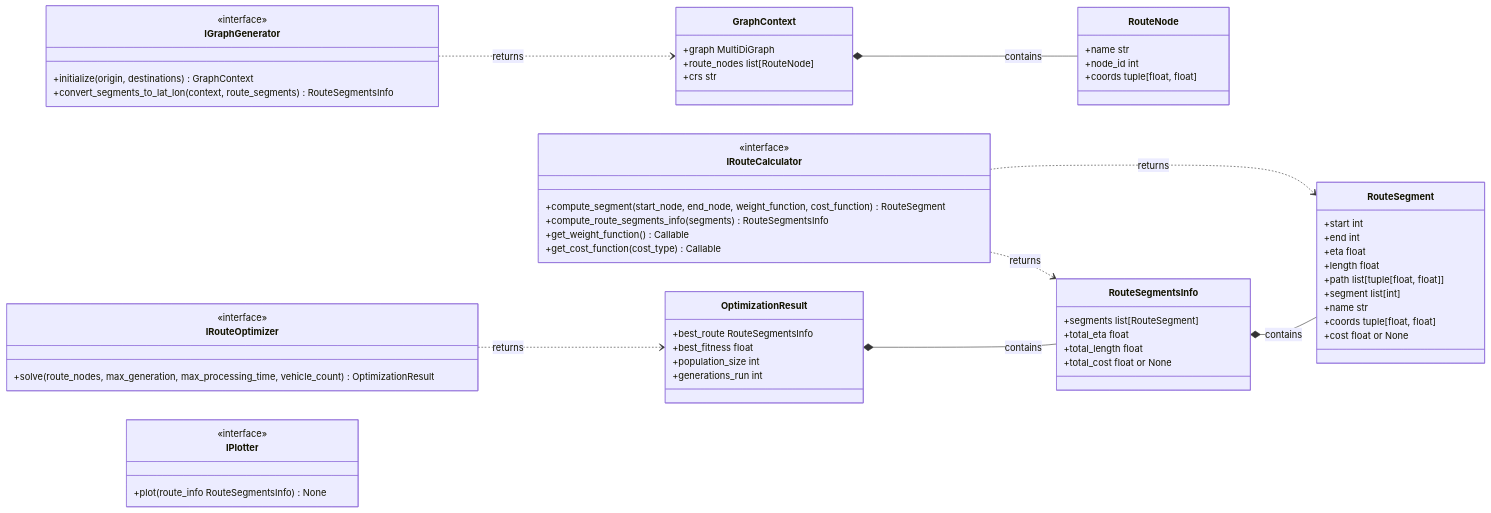
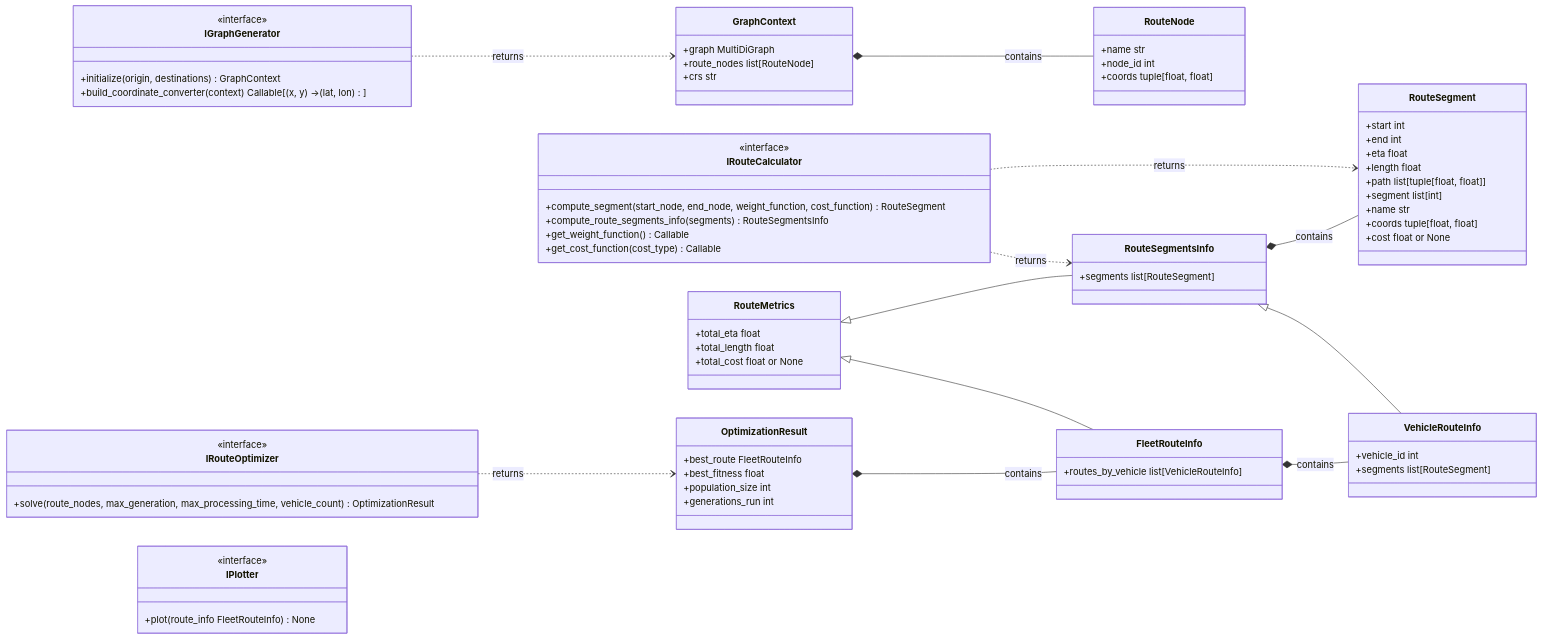
One commit to luizaaca/api_best_route changed the first of 3 diagrams in architecture.md. Above: the diagram before and after it, drawn with Mermaid. The commit also changed other lines of this file and 13 other files, not shown here.

First line of the commit message:
Refactor route optimization models and algorithms

````diff
--- a/architecture.md
+++ b/architecture.md
@@ -118,7 +122,7 @@
     class IGraphGenerator {
         <<interface>>
         +initialize(origin, destinations) GraphContext
-        +convert_segments_to_lat_lon(context, route_segments) RouteSegmentsInfo
+        +build_coordinate_converter(context) Callable[(x, y) -> (lat, lon)]
     }
 
     class IRouteCalculator {
@@ -136,7 +140,7 @@
 
     class IPlotter {
         <<interface>>
-        +plot(route_info RouteSegmentsInfo) None
+        +plot(route_info FleetRouteInfo) None
     }
 
     class RouteNode {
@@ -163,15 +167,27 @@
         +cost float or None
     }
 
-    class RouteSegmentsInfo {
-        +segments list[RouteSegment]
+    class RouteMetrics {
         +total_eta float
         +total_length float
         +total_cost float or None
     }
 
+    class RouteSegmentsInfo {
+        +segments list[RouteSegment]
+    }
+
+    class VehicleRouteInfo {
+        +vehicle_id int
+        +segments list[RouteSegment]
+    }
+
+    class FleetRouteInfo {
+        +routes_by_vehicle list[VehicleRouteInfo]
+    }
+
     class OptimizationResult {
-        +best_route RouteSegmentsInfo
+        +best_route FleetRouteInfo
         +best_fitness float
         +population_size int
         +generations_run int
@@ -182,6 +198,10 @@
     IRouteCalculator ..> RouteSegmentsInfo : returns
     IRouteOptimizer ..> OptimizationResult : returns
     GraphContext *-- RouteNode : contains
+    RouteMetrics <|-- RouteSegmentsInfo
+    RouteSegmentsInfo <|-- VehicleRouteInfo
+    RouteMetrics <|-- FleetRouteInfo
     RouteSegmentsInfo *-- RouteSegment : contains
-    OptimizationResult *-- RouteSegmentsInfo : contains
+    FleetRouteInfo *-- VehicleRouteInfo : contains
+    OptimizationResult *-- FleetRouteInfo : contains
 ```
````
